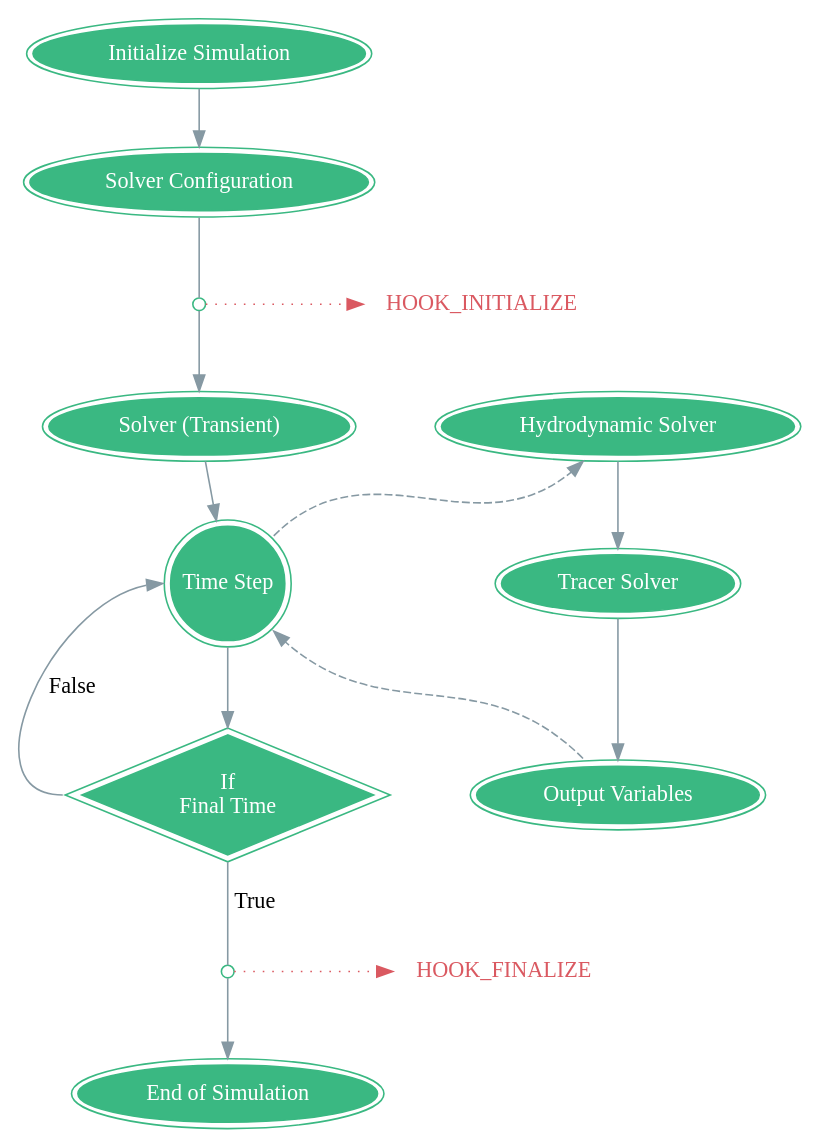
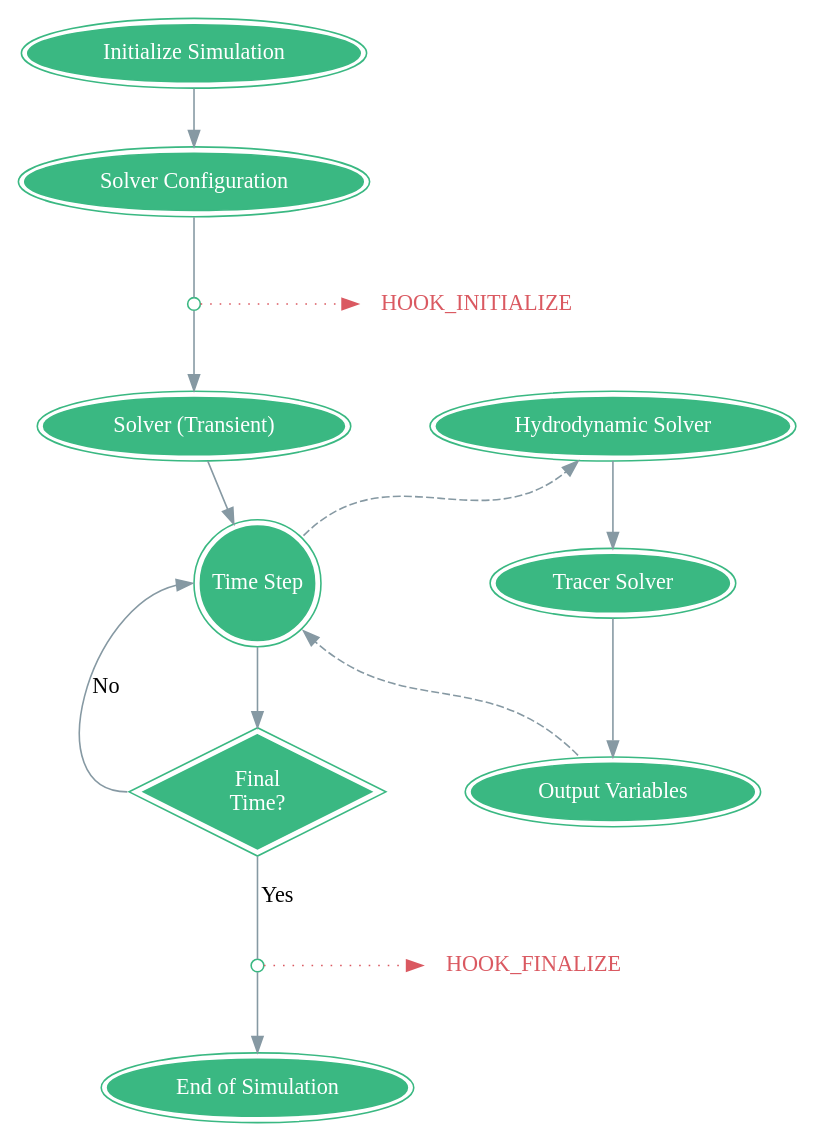
Before and after one commit to ESSS/alfasim-sdk: the first of 2 diagrams in docs/source/07_lifecycle.rst, drawn with Graphviz. The commit also changed other lines of this file, not shown here.

```diff
--- a/docs/source/07_lifecycle.rst
+++ b/docs/source/07_lifecycle.rst
@@ -14,60 +14,66 @@
 .. graphviz::
 
     digraph {
-            //splines=false
             nodesep = 0.7;
             node [peripheries="2", fillcolor="#3AB882" style=filled color="#3AB882" fontcolor="#ffffff" shape=""];
             edge [ color="#8699A3" ];
 
             init [label="Initialize Simulation", shape=""];
             end [label="End of Simulation", shape=""];
             config [label="Solver Configuration"];
             solver [label="Solver (Transient)"];
-            time [  fixedsize=true,
+            time [
+                    fixedsize=true,
                     label="Time Step",
-                    height="1.0",
+                    //height="1.0",
                     width="1.0",
                     shape="circle",
-                    regular="true",
+                    //regular="true",
                     ];
 
             hook_initialize_point [shape = point, width = 0 ]
-            decision [label="If \nFinal Time", shape="diamond"]
+            decision [
+                    label="Final \n Time?",
+                    shape="diamond"
+                    fixedsize=true
+                    width=2.0
+                    height=1.0
+                    ]
             hook_finalize_point [shape = point, width = 0 ]
             hook_initialize [peripheries="0"
                 label="HOOK_INITIALIZE", shape="cds", color="#DA5961", fontcolor="#DA5961", style=""
                 URL="../06_solver_hooks.html#alfasim_sdk.hook_specs.initialize", target="_top"
             ]
             hook_finalize [peripheries="0"
                 label="HOOK_FINALIZE", shape="cds", color="#DA5961",  fontcolor="#DA5961" , style=""
                 URL="../06_solver_hooks.html#alfasim_sdk.hook_specs.finalize", target="_top"
             ]
             hyd_solver [label="Hydrodynamic Solver"]
             tracer_solver [label="Tracer Solver"]
             output [label="Output Variables"]
 
             {rank = same; hook_initialize_point; hook_initialize}
             {rank = same; hook_finalize_point; hook_finalize; }
             {rank=same; time;tracer_solver}
             {rank=same; solver;hyd_solver}
 
 
             init -> config;
             config -> hook_initialize_point [arrowhead= none];
 
             hook_initialize_point -> solver;
             hook_initialize_point -> hook_initialize [style=dotted, color="#DA5961"];
 
             solver -> time;
             time:ne -> hyd_solver:sw [style=dashed];
             output:nw -> time:se [style=dashed];
 
             hyd_solver -> tracer_solver;
             tracer_solver -> output;
             time -> decision;
-            decision -> hook_finalize_point [arrowhead= none, label="True"];
-            decision:w -> time:w [label="False"];
+            decision -> hook_finalize_point [arrowhead= none, label="Yes"];
+            decision:w -> time:w [label="No"];
             hook_finalize_point ->  hook_finalize [style=dotted, color="#DA5961"];
             hook_finalize_point ->  end;
 
         }
```
